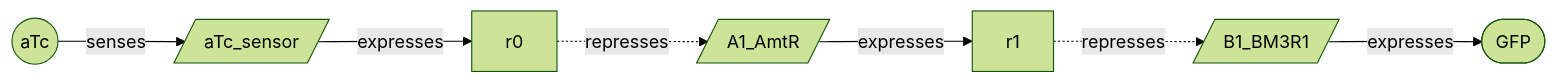
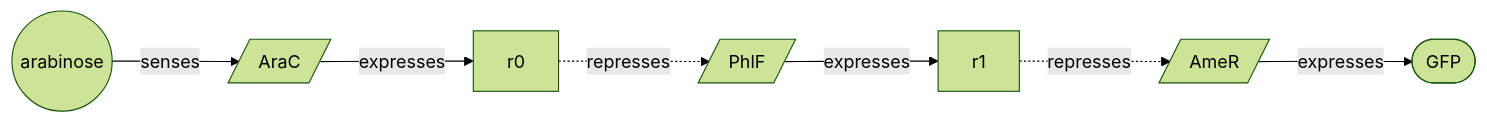
Before and after one commit to marpaia/quiver: the diagram in README.md, drawn with Mermaid (forest theme). The commit also changed other lines of this file and 45 other files, not shown here.

````diff
--- a/README.md
+++ b/README.md
@@ -58,16 +40,16 @@
 ```mermaid
 flowchart LR
-  sup(("aTc"))
-  op0[/"aTc_sensor"/]
-  reg0["r0"]
-  op1[/"A1_AmtR"/]
-  reg1["r1"]
-  op2[/"B1_BM3R1"/]
-  out(["GFP"])
-  sup -- senses --> op0
-  op0 -- expresses --> reg0
-  reg0 -. represses .-> op1
-  op1 -- expresses --> reg1
-  reg1 -. represses .-> op2
-  op2 -- expresses --> out
+  n0(("arabinose"))
+  n1[/"AraC"/]
+  n2["r0"]
+  n3[/"AmeR"/]
+  n4(["GFP"])
+  n5["r1"]
+  n6[/"PhlF"/]
+  n0 -- senses --> n1
+  n1 -- expresses --> n2
+  n5 -. represses .-> n3
+  n3 -- expresses --> n4
+  n2 -. represses .-> n6
+  n6 -- expresses --> n5
 ```
````
